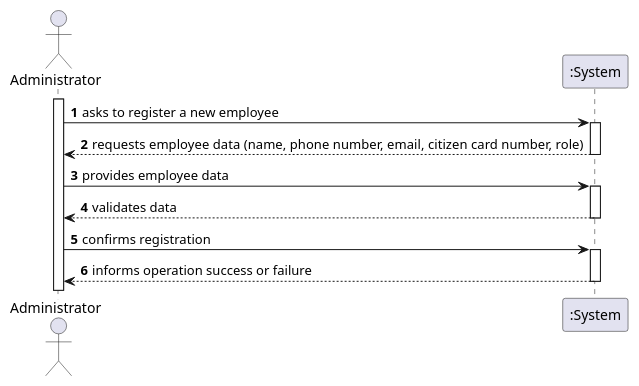
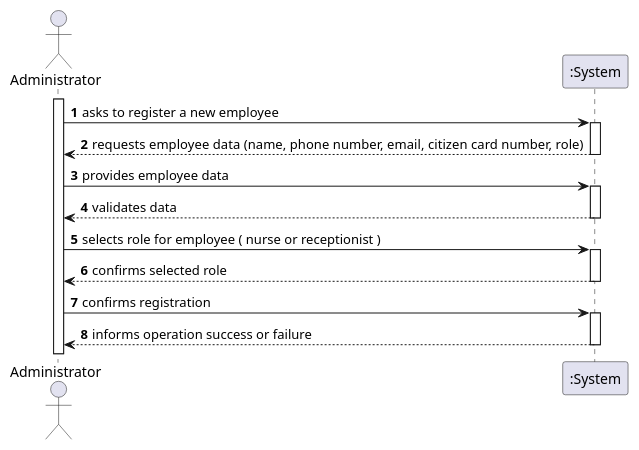
One commit to Parafita123/leti-esoft-25-26-B1 changed the diagram in docs/Sprint2/US14/puml/US14-SSD.puml. Above: the diagram before and after it, drawn with PlantUML. The commit also changed 6 other files, not shown here.

```diff
--- a/docs/Sprint2/US14/puml/US14-SSD.puml
+++ b/docs/Sprint2/US14/puml/US14-SSD.puml
@@ -1,21 +1,24 @@
 @startuml
 'https://plantuml.com/sequence-diagram
 
 autoactivate on
 autonumber
 
 actor "Administrator" as Admin
 participant ":System" as System
 
 activate Admin
 
 Admin -> System: asks to register a new employee
 System --> Admin: requests employee data (name, phone number, email, citizen card number, role)
 
 Admin -> System: provides employee data
 System --> Admin: validates data
 
+Admin -> System: selects role for employee ( nurse or receptionist )
+System --> Admin: confirms selected role
+
 Admin -> System: confirms registration
 System --> Admin: informs operation success or failure
 
 @enduml
```
